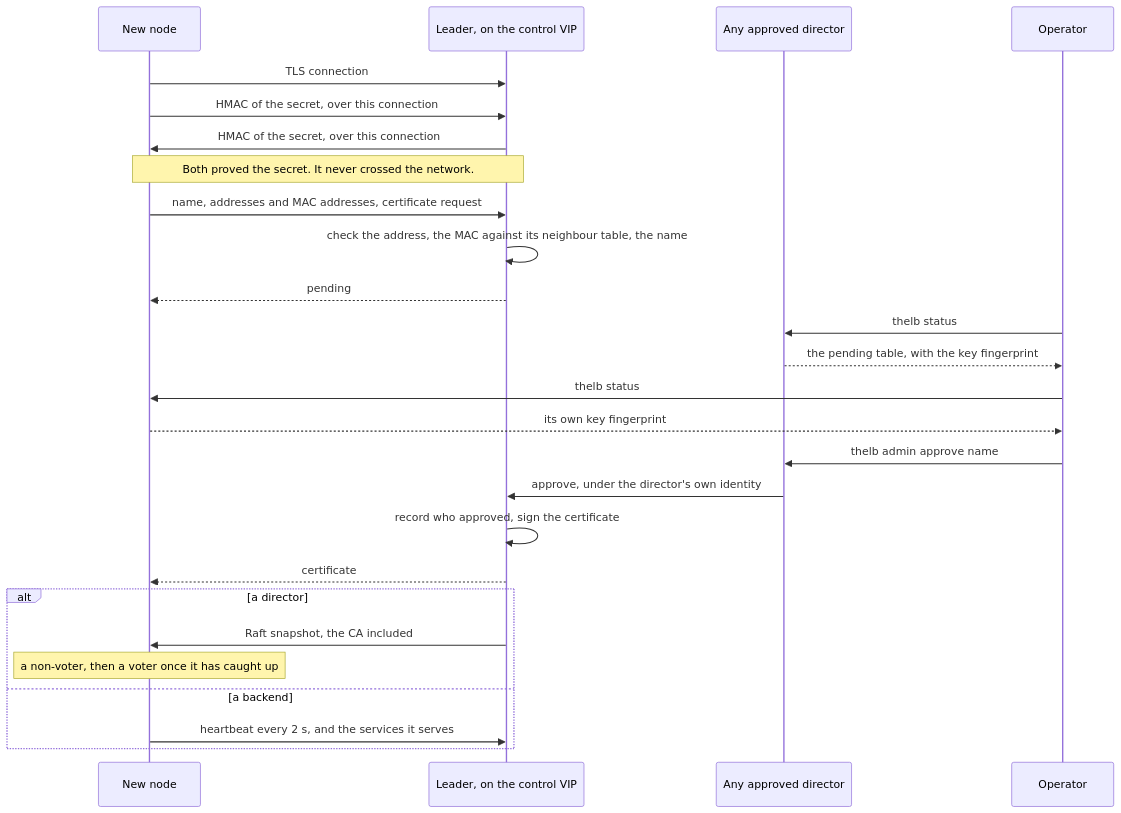
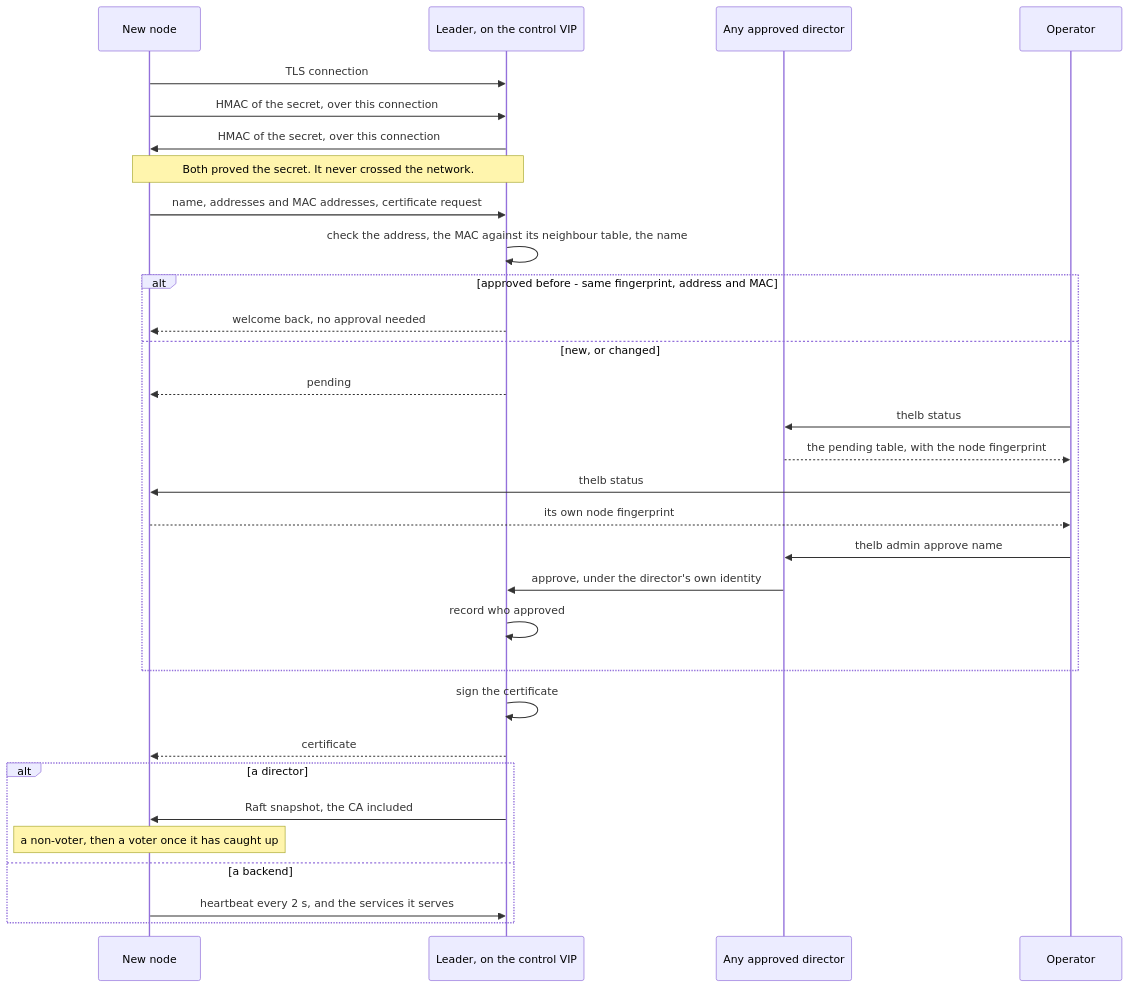
The fourth of 6 diagrams in docs/diagrams.md (dmartsapp/thelb), drawn with Mermaid before and after one commit. The commit also changed other lines of this file and 1 other file, not shown here.

Commit message:
docs: design - approved nodes rejoin without approval; node fingerprint; root only; what status shows on directors and backends
Approval is tied to the node, not its in-memory key: an approved node restarting with the same node fingerprint, address and MAC address (checked on the wire) and the right secret rejoins by itself while the cluster remembers it; changed or removed nodes wait; cloned fingerprints are refused. Raft records approved nodes. The node fingerprint's composition is an open question, with the problems of hostid, all MACs, disk UUID and hostname, and a proposal (app-specific machine-id hash, SMBIOS UUID, the joining interface's MAC).

Every command runs only with effective user ID 0 (help and --version excepted); the socket is root-only; bare thelb shows only the help; a second daemon just says theLB is already running. status on a director shows which service runs on which node address and port behind which VIP, with packets and bytes forwarded; on a backend, only role, cluster, its services by name and its node fingerprint. The joining diagram shows the rejoin path.

````diff
--- a/docs/diagrams.md
+++ b/docs/diagrams.md
@@ -82,28 +82,33 @@
 ```mermaid
 sequenceDiagram
     participant N as New node
     participant L as Leader, on the control VIP
     participant D as Any approved director
     participant O as Operator
     N->>L: TLS connection
     N->>L: HMAC of the secret, over this connection
     L->>N: HMAC of the secret, over this connection
     Note over N,L: Both proved the secret. It never crossed the network.
     N->>L: name, addresses and MAC addresses, certificate request
     L->>L: check the address, the MAC against its neighbour table, the name
-    L-->>N: pending
-    O->>D: thelb status
-    D-->>O: the pending table, with the key fingerprint
-    O->>N: thelb status
-    N-->>O: its own key fingerprint
-    O->>D: thelb admin approve name
-    D->>L: approve, under the director's own identity
-    L->>L: record who approved, sign the certificate
+    alt approved before - same fingerprint, address and MAC
+        L-->>N: welcome back, no approval needed
+    else new, or changed
+        L-->>N: pending
+        O->>D: thelb status
+        D-->>O: the pending table, with the node fingerprint
+        O->>N: thelb status
+        N-->>O: its own node fingerprint
+        O->>D: thelb admin approve name
+        D->>L: approve, under the director's own identity
+        L->>L: record who approved
+    end
+    L->>L: sign the certificate
     L-->>N: certificate
     alt a director
         L->>N: Raft snapshot, the CA included
         Note over N: a non-voter, then a voter once it has caught up
     else a backend
         N->>L: heartbeat every 2 s, and the services it serves
     end
 ```
````
